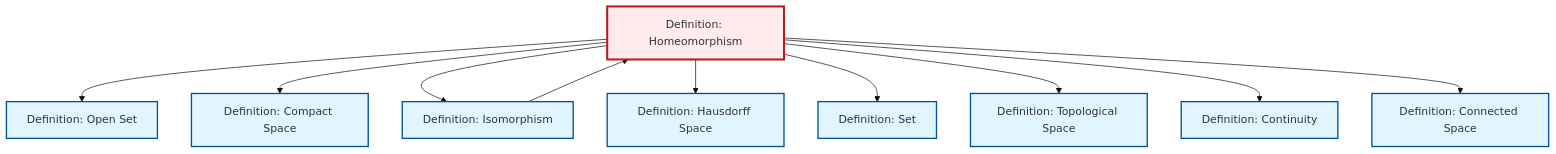
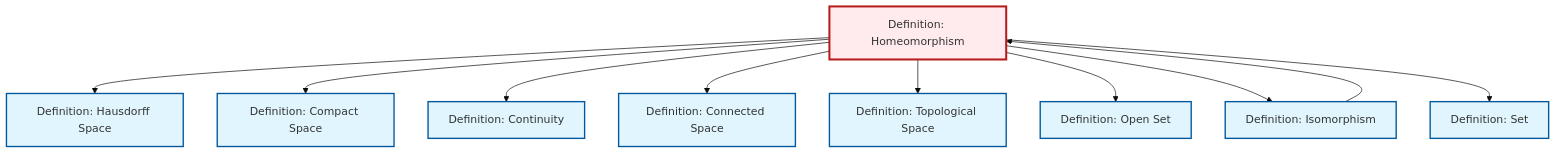
The diagram in content/en/topology/def-homeomorphism.qmd (RK0429/ModernMath), drawn with Mermaid (base theme) before and after one commit. The commit also changed other lines of this file and 491 other files, not shown here.

````diff
--- a/content/en/topology/def-homeomorphism.qmd
+++ b/content/en/topology/def-homeomorphism.qmd
@@ -99,36 +99,36 @@
 ```{mermaid}
 %%| fig-cap: "Local dependency graph"
 graph TD
     classDef definition fill:#e1f5fe,stroke:#01579b,stroke-width:2px
     classDef theorem fill:#f3e5f5,stroke:#4a148c,stroke-width:2px
     classDef axiom fill:#fff3e0,stroke:#e65100,stroke-width:2px
     classDef example fill:#e8f5e9,stroke:#1b5e20,stroke-width:2px
     classDef current fill:#ffebee,stroke:#b71c1c,stroke-width:3px
     def-hausdorff["Definition: Hausdorff Space"]:::definition
+    def-continuity["Definition: Continuity"]:::definition
+    def-connected["Definition: Connected Space"]:::definition
+    def-open-set["Definition: Open Set"]:::definition
+    def-topological-space["Definition: Topological Space"]:::definition
+    def-compact["Definition: Compact Space"]:::definition
+    def-homeomorphism["Definition: Homeomorphism"]:::definition
     def-set["Definition: Set"]:::definition
-    def-open-set["Definition: Open Set"]:::definition
-    def-continuity["Definition: Continuity"]:::definition
-    def-compact["Definition: Compact Space"]:::definition
-    def-connected["Definition: Connected Space"]:::definition
-    def-homeomorphism["Definition: Homeomorphism"]:::definition
-    def-topological-space["Definition: Topological Space"]:::definition
     def-isomorphism["Definition: Isomorphism"]:::definition
-    def-homeomorphism --> def-open-set
+    def-homeomorphism --> def-hausdorff
     def-homeomorphism --> def-compact
-    def-homeomorphism --> def-isomorphism
-    def-homeomorphism --> def-hausdorff
-    def-homeomorphism --> def-set
-    def-isomorphism --> def-homeomorphism
-    def-homeomorphism --> def-topological-space
     def-homeomorphism --> def-continuity
     def-homeomorphism --> def-connected
+    def-homeomorphism --> def-topological-space
+    def-isomorphism --> def-homeomorphism
+    def-homeomorphism --> def-open-set
+    def-homeomorphism --> def-isomorphism
+    def-homeomorphism --> def-set
     class def-homeomorphism current
     click def-hausdorff "def-hausdorff.html" "Go to Hausdorff Space definition"
+    click def-continuity "def-continuity.html" "Go to Continuity definition"
+    click def-connected "def-connected.html" "Go to Connected Space definition"
+    click def-open-set "def-open-set.html" "Go to Open Set definition"
+    click def-topological-space "def-topological-space.html" "Go to Topological Space definition"
+    click def-compact "def-compact.html" "Go to Compact Space definition"
     click def-set "def-set.html" "Go to Set definition"
-    click def-open-set "def-open-set.html" "Go to Open Set definition"
-    click def-continuity "def-continuity.html" "Go to Continuity definition"
-    click def-compact "def-compact.html" "Go to Compact Space definition"
-    click def-connected "def-connected.html" "Go to Connected Space definition"
-    click def-topological-space "def-topological-space.html" "Go to Topological Space definition"
     click def-isomorphism "def-isomorphism.html" "Go to Isomorphism definition"
 ```
````
